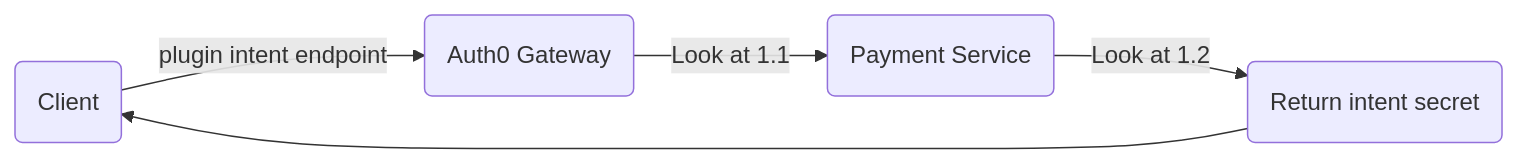
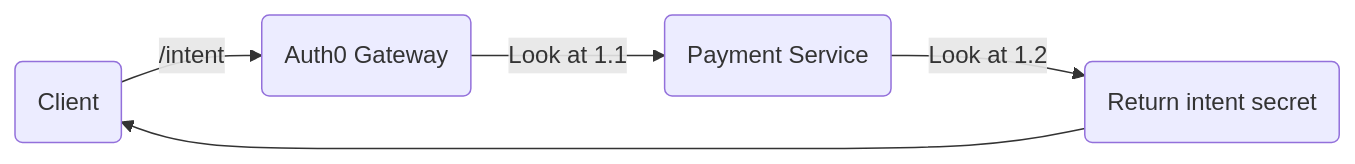
The first of 2 diagrams in profile/README.md (JTM-Network/.github), drawn with Mermaid before and after one commit. The commit also changed other lines of this file, not shown here.

````diff
--- a/profile/README.md
+++ b/profile/README.md
@@ -44,7 +44,7 @@
 ```mermaid
 flowchart LR
-    client(Client) -->| plugin intent endpoint |auth(Auth0 Gateway)
+    client(Client) -->| /intent |auth(Auth0 Gateway)
     auth -->| Look at 1.1 | payment(Payment Service)
     payment --> | Look at 1.2 | secret(Return intent secret)
     secret --> client
 ```
````
